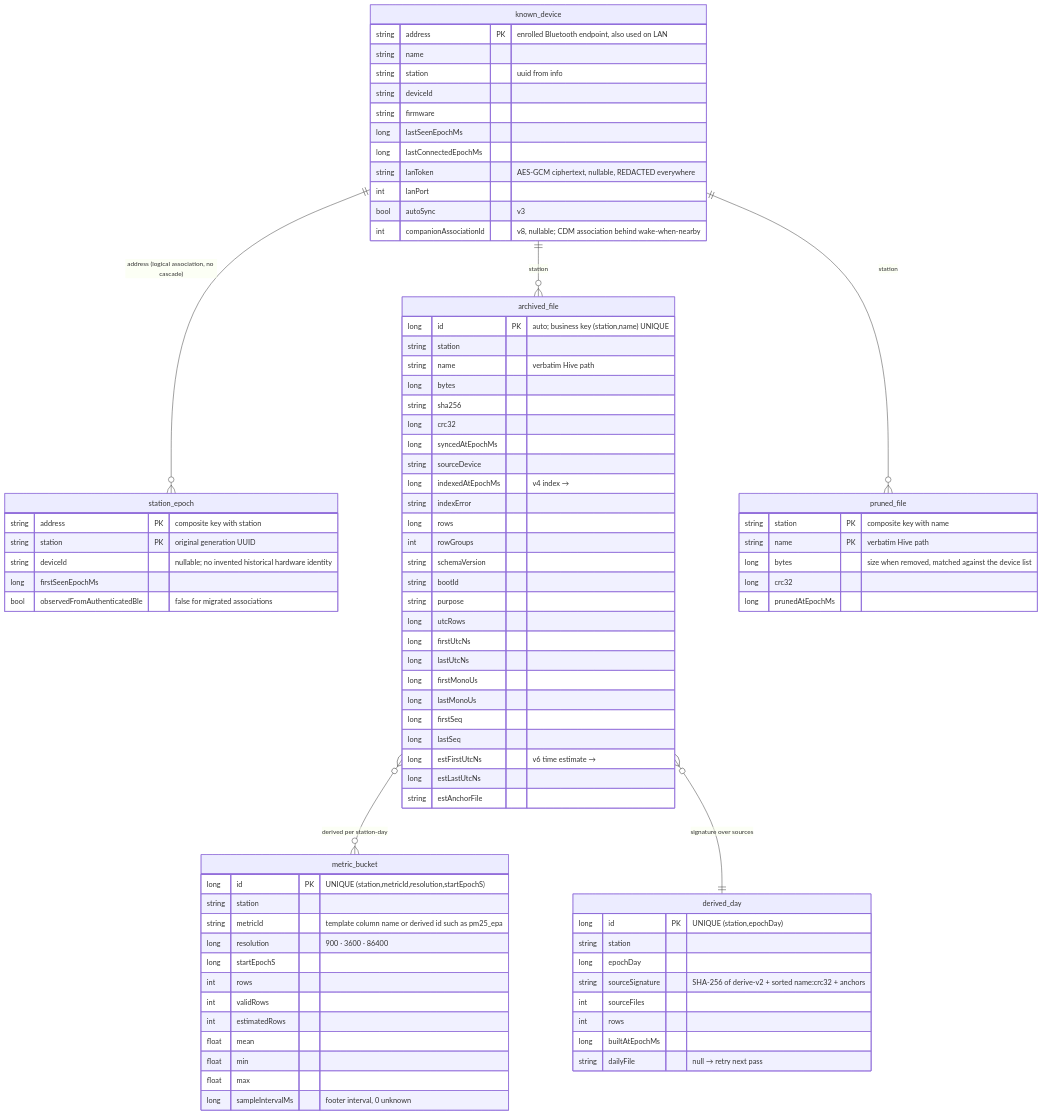
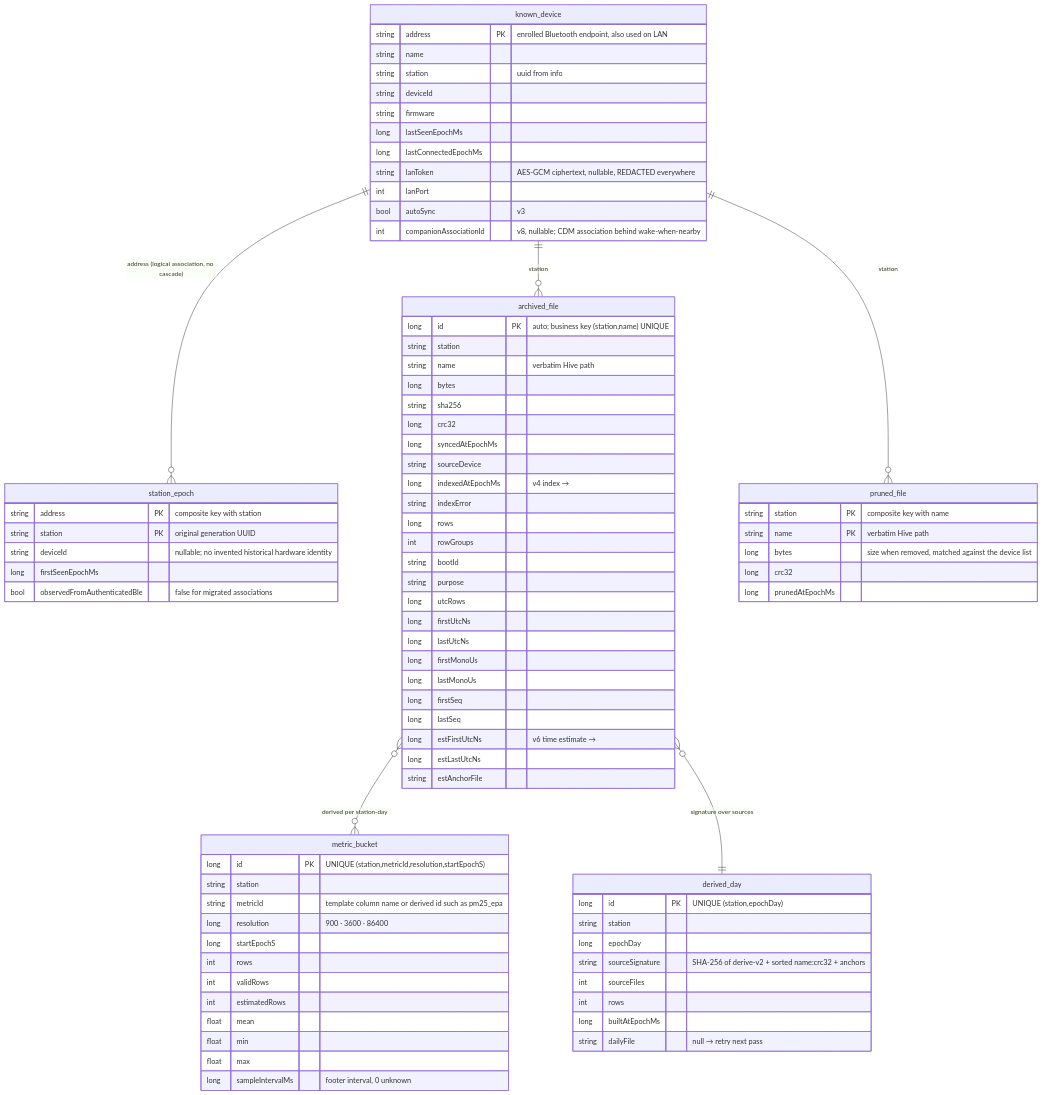
One commit to walkthru-earth/opensensor-space-mobile changed the first of 2 diagrams in docs/data-model.md. Above: the diagram before and after it, drawn with Mermaid. The commit also changed other lines of this file and 32 other files, not shown here.

```diff
--- a/docs/data-model.md
+++ b/docs/data-model.md
@@ -62,7 +62,6 @@
     string indexError
     long rows
     int rowGroups
-    string schemaVersion
     string bootId
     string purpose
     long utcRows
```
